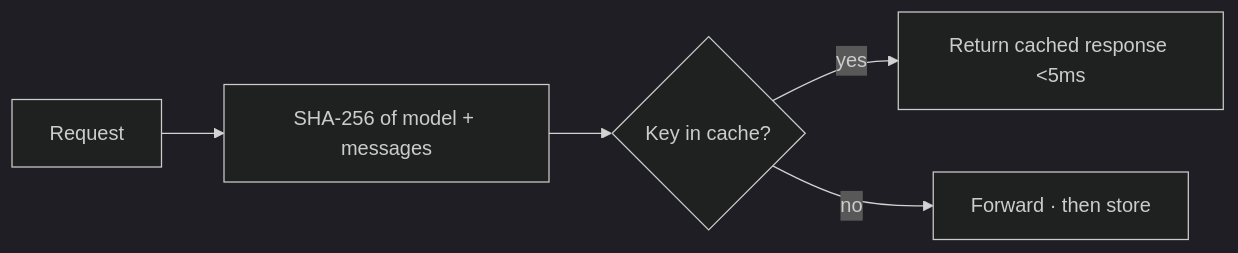
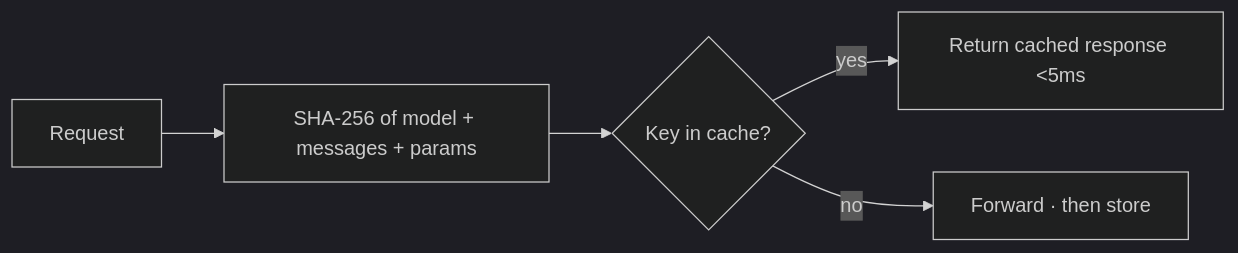
The diagram in docs/gateway/caching.mdx (avs6/runledger-community), drawn with Mermaid (dark theme) before and after one commit. The commit also changed other lines of this file and 132 other files, not shown here.

````diff
--- a/docs/gateway/caching.mdx
+++ b/docs/gateway/caching.mdx
@@ -14,7 +24,7 @@
 ```mermaid
 flowchart LR
-  req[Request] --> key[SHA-256 of model + messages]
+  req[Request] --> key[SHA-256 of model + messages + params]
   key --> look{Key in cache?}
   look -- yes --> hit[Return cached response <5ms]
   look -- no --> fwd[Forward · then store]
 ```
````
